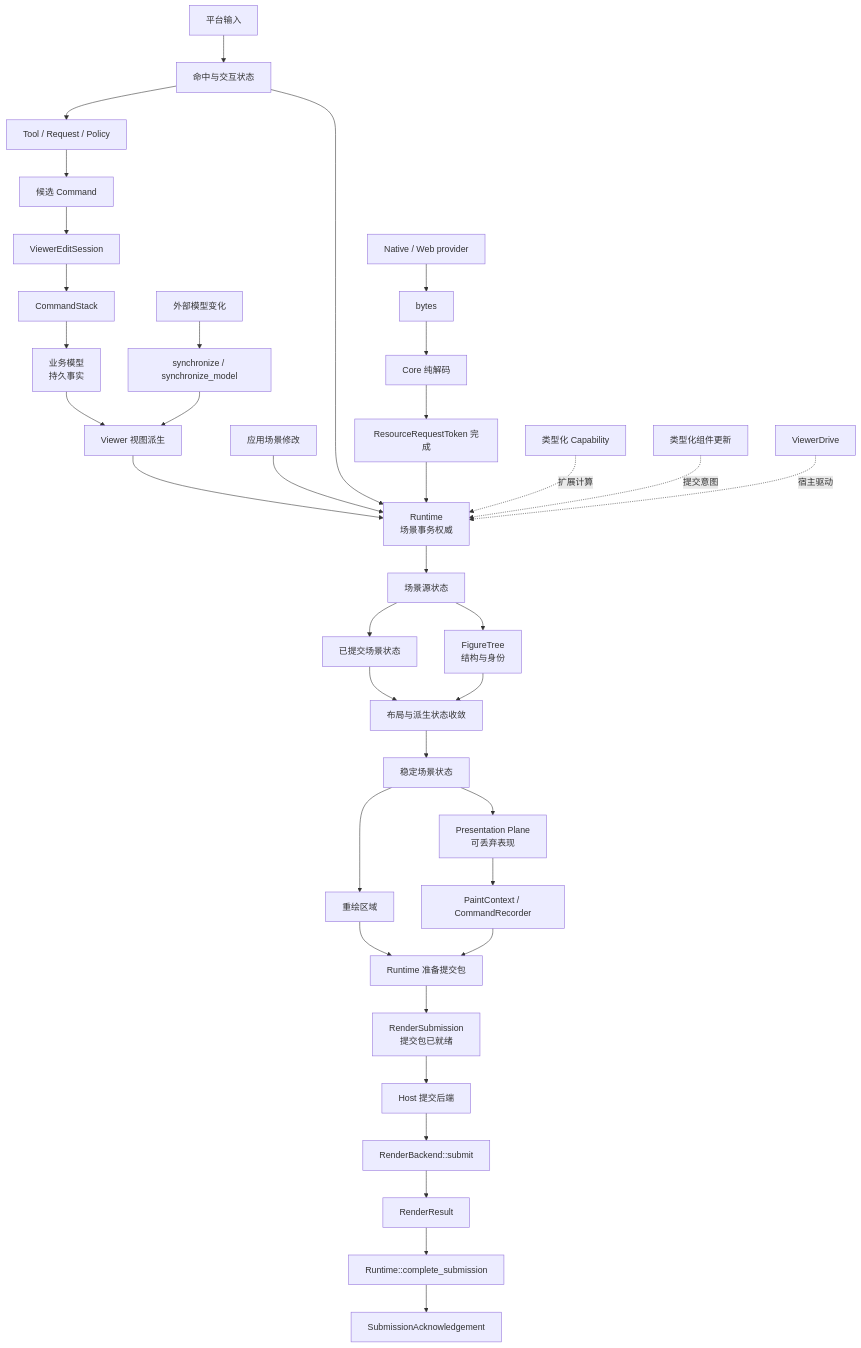
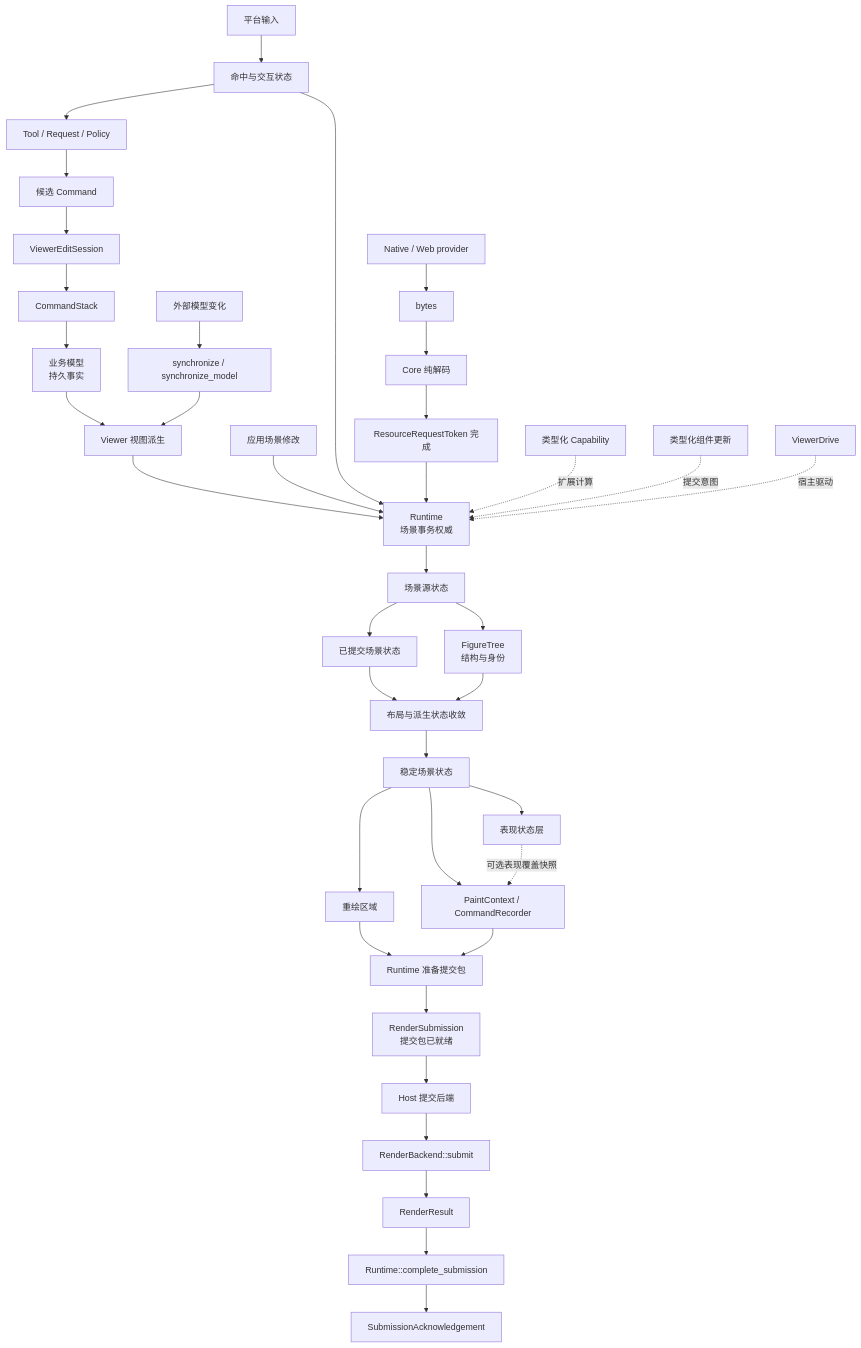
One commit to yezhang/novadraw changed the first of 6 diagrams in engine/wasm_rust/novadraw/book/internals/src/appendix-concept-map.md. Above: the diagram before and after it, drawn with Mermaid. The commit also changed other lines of this file and 21 other files, not shown here.

````diff
--- a/engine/wasm_rust/novadraw/book/internals/src/appendix-concept-map.md
+++ b/engine/wasm_rust/novadraw/book/internals/src/appendix-concept-map.md
@@ -10,45 +10,46 @@
 ```mermaid
 flowchart TD
     Model[业务模型<br/>持久事实] --> View[Viewer 视图派生]
     Input[平台输入] --> Interaction[命中与交互状态]
     Interaction --> Editing[Tool / Request / Policy]
     Editing --> Command[候选 Command]
     Command --> EditSession[ViewerEditSession]
     EditSession --> Stack[CommandStack]
     Stack --> Model
 
     External[外部模型变化] --> Synchronize[synchronize / synchronize_model]
     Synchronize --> View
 
     View --> Runtime[Runtime<br/>场景事务权威]
     App[应用场景修改] --> Runtime
     Interaction --> Runtime
 
     Runtime --> Source[场景源状态]
     Source --> Tree[FigureTree<br/>结构与身份]
     Source --> Committed[已提交场景状态]
     Committed --> Stabilize[布局与派生状态收敛]
     Tree --> Stabilize
     Stabilize --> Stable[稳定场景状态]
 
-    Stable --> Presentation[Presentation Plane<br/>可丢弃表现]
-    Presentation --> Record[PaintContext / CommandRecorder]
+    Stable --> Record[PaintContext / CommandRecorder]
+    Stable --> Presentation[表现状态层]
+    Presentation -.可选表现覆盖快照.-> Record
     Stable --> Damage[重绘区域]
     Damage --> PrepareSubmission[Runtime 准备提交包]
     Record --> PrepareSubmission
     PrepareSubmission --> Submission[RenderSubmission<br/>提交包已就绪]
     Submission --> Host[Host 提交后端]
     Host --> Backend[RenderBackend::submit]
     Backend --> Result[RenderResult]
     Result --> Complete[Runtime::complete_submission]
     Complete --> Ack[SubmissionAcknowledgement]
 
     Provider[Native / Web provider] --> Bytes[bytes]
     Bytes --> Decode[Core 纯解码]
     Decode --> Token[ResourceRequestToken 完成]
     Token --> Runtime
 
     Capability[类型化 Capability] -.扩展计算.-> Runtime
     Component[类型化组件更新] -.提交意图.-> Runtime
     Drive[ViewerDrive] -.宿主驱动.-> Runtime
 ```
````
